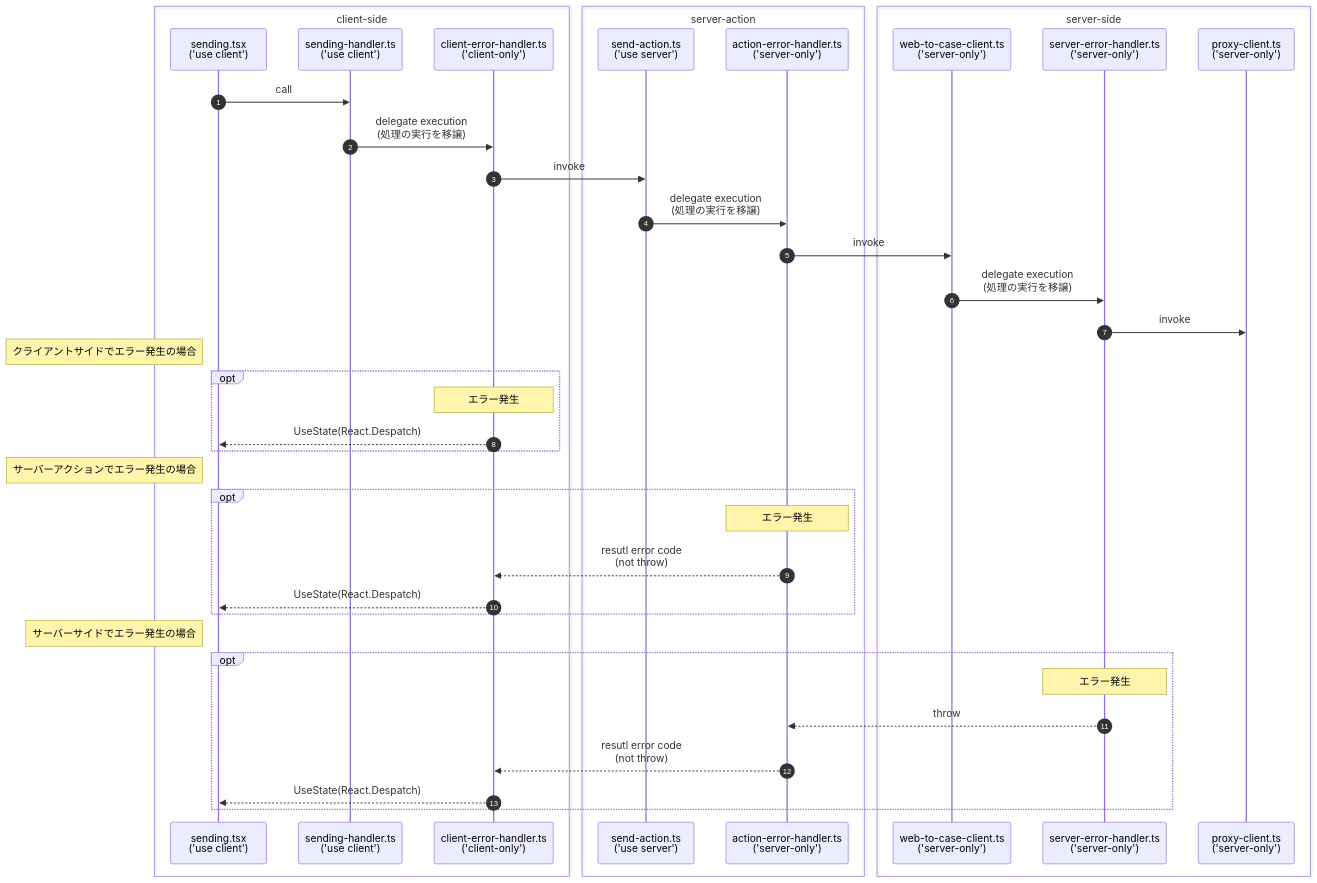
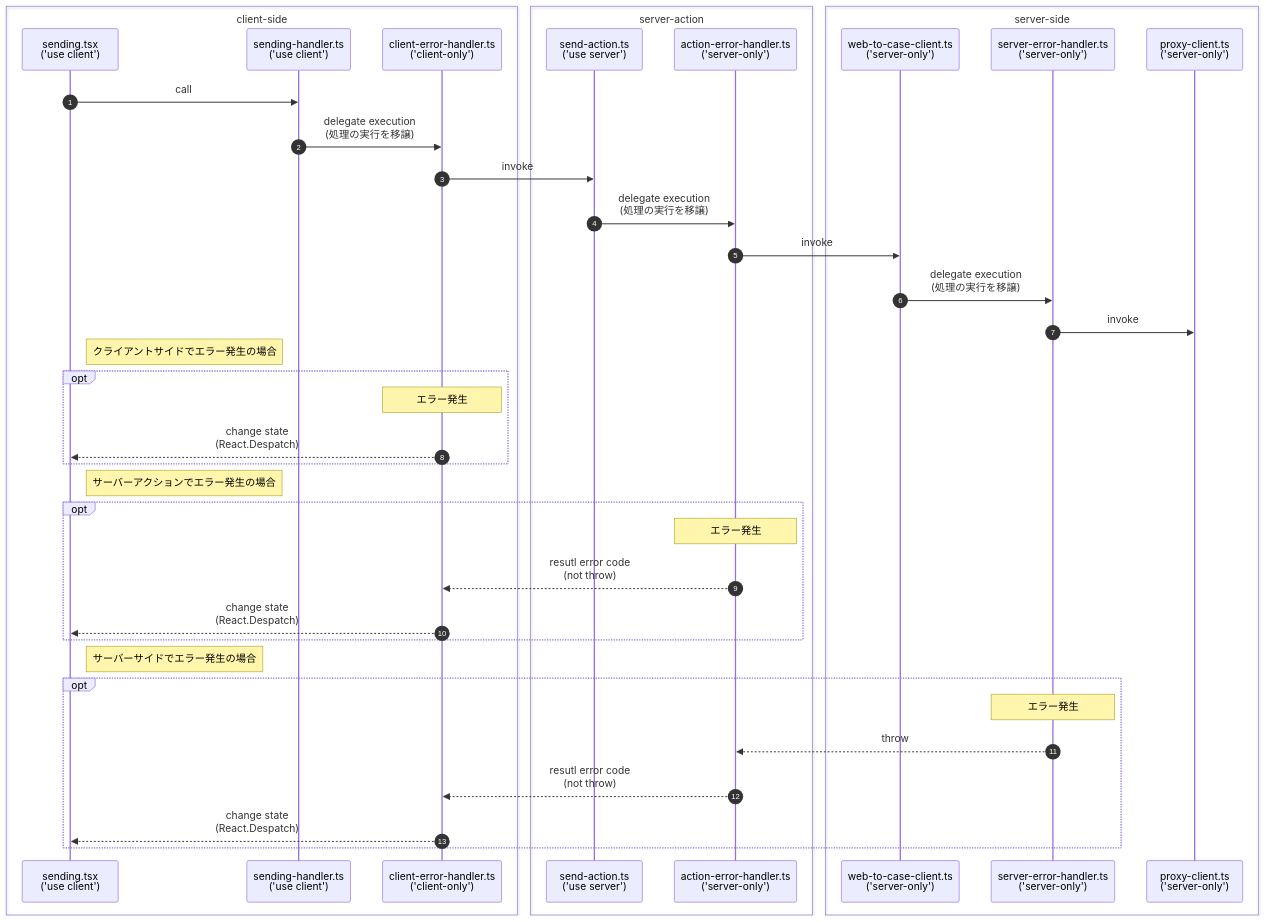
Before and after one commit to sudo-yoko/portfolio-nextjs: the diagram in _docs/contact/error-handling-sequence.md, drawn with Mermaid.

````diff
--- a/_docs/contact/error-handling-sequence.md
+++ b/_docs/contact/error-handling-sequence.md
@@ -1,54 +1,54 @@
 ```mermaid
 
 sequenceDiagram
 autonumber
 
 box client-side
   participant S as sending.tsx<br>('use client')
   participant SH as sending-handler.ts<br>('use client')
   participant CEH as client-error-handler.ts<br>('client-only')
 end
 
 box server-action
   participant SA as send-action.ts<br>('use server')
   participant AEH as action-error-handler.ts<br>('server-only')
 end
 
 box server-side
   participant WCC as web-to-case-client.ts<br>('server-only')
   participant SEH as server-error-handler.ts<br>('server-only')
   participant PC as proxy-client.ts<br>('server-only')
 end
 
 S->>SH: call
 SH->>CEH: delegate execution<br>(処理の実行を移譲)
 CEH->>SA: invoke
 SA->>AEH: delegate execution<br>(処理の実行を移譲)
 AEH->>WCC: invoke
 WCC->>SEH: delegate execution<br>(処理の実行を移譲)
 SEH->>PC: invoke
 
-Note left of S: クライアントサイドでエラー発生の場合
+Note right of S: クライアントサイドでエラー発生の場合
 opt
   Note over CEH: エラー発生
-  CEH-->>S: UseState(React.Despatch)
+  CEH-->>S: change state<br>(React.Despatch)
 end
 
-Note left of S: サーバーアクションでエラー発生の場合
+Note right of S: サーバーアクションでエラー発生の場合
 opt
   Note over AEH: エラー発生
   AEH-->>CEH: resutl error code<br>(not throw)
-  CEH-->>S: UseState(React.Despatch)
+  CEH-->>S: change state<br>(React.Despatch)
 end
 
-Note left of S: サーバーサイドでエラー発生の場合
+Note right of S: サーバーサイドでエラー発生の場合
 opt
   Note over SEH: エラー発生
   SEH-->>AEH: throw
   AEH-->>CEH: resutl error code<br>(not throw)
-  CEH-->>S: UseState(React.Despatch)
+  CEH-->>S: change state<br>(React.Despatch)
 end
 
 
 
 ```
````
